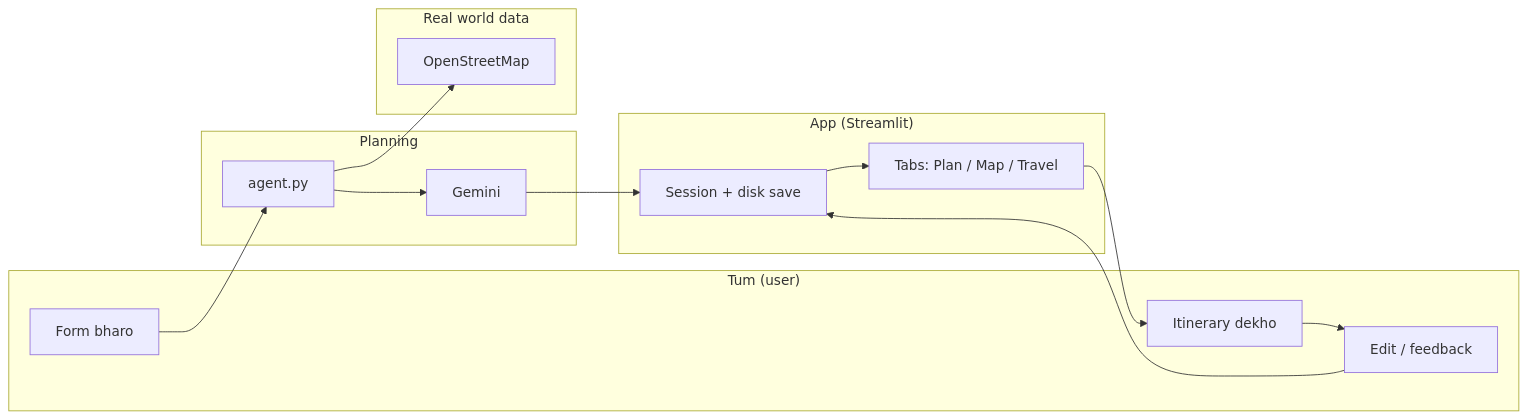
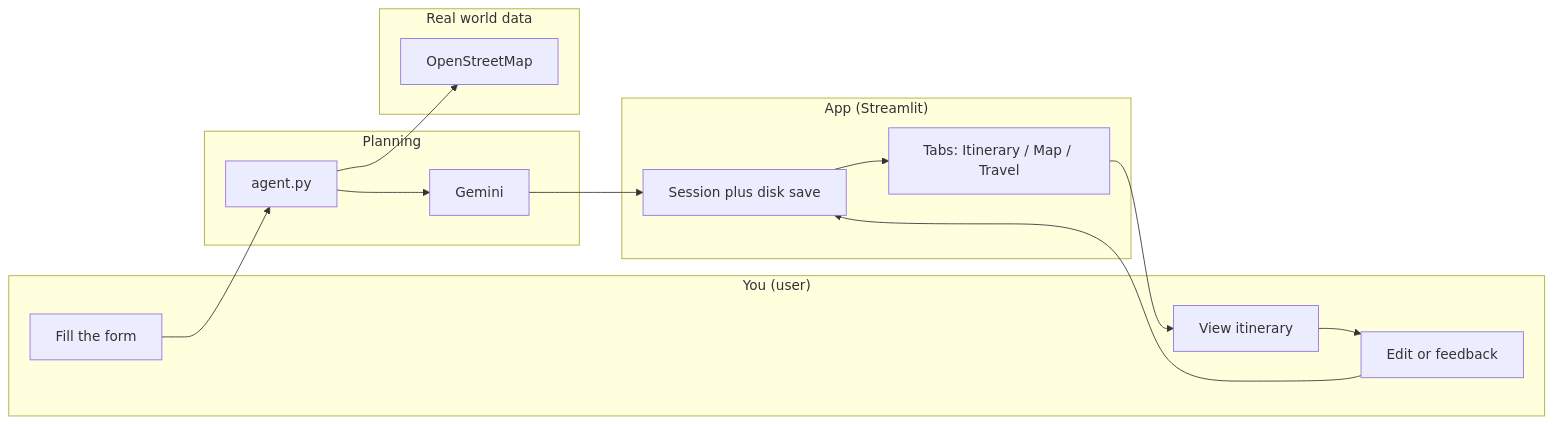
Before and after one commit to guptaastha1427/Trip-Planner: the first of 19 diagrams in info.md, drawn with Mermaid. The commit also changed other lines of this file and 4 other files, not shown here.

````diff
--- a/info.md
+++ b/info.md
@@ -54,31 +55,31 @@
 ```mermaid
 flowchart LR
-  subgraph You["Tum (user)"]
-    F[Form bharo]
-    V[Itinerary dekho]
-    E[Edit / feedback]
+  subgraph You["You (user)"]
+    F[Fill the form]
+    V[View itinerary]
+    E[Edit or feedback]
   end
 
   subgraph App["App (Streamlit)"]
-    S[Session + disk save]
-    T[Tabs: Plan / Map / Travel]
+    S[Session plus disk save]
+    T[Tabs: Itinerary / Map / Travel]
   end
 
   subgraph Brain["Planning"]
     A[agent.py]
     G[Gemini]
   end
 
   subgraph World["Real world data"]
     OSM[OpenStreetMap]
   end
 
   F --> A
   A --> OSM
   A --> G
   G --> S
   S --> T
   T --> V
   V --> E
   E --> S
 ```
````
